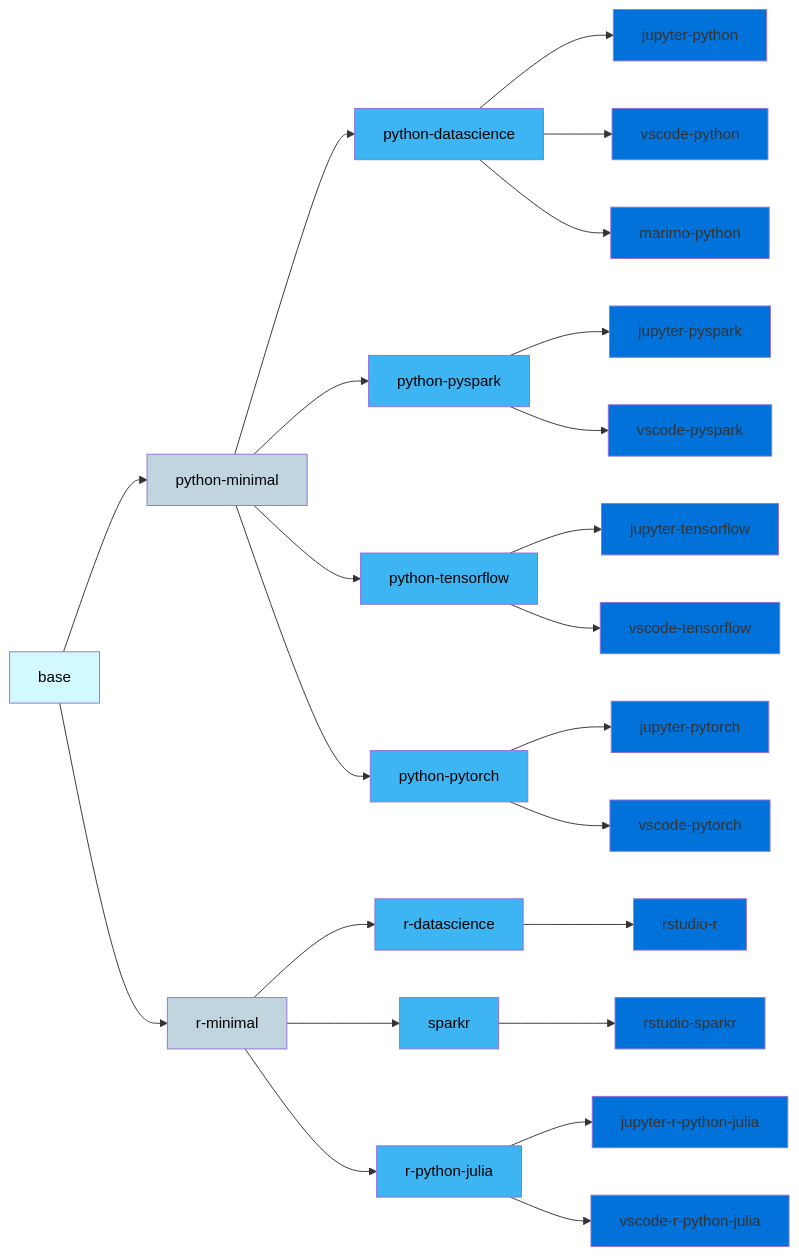
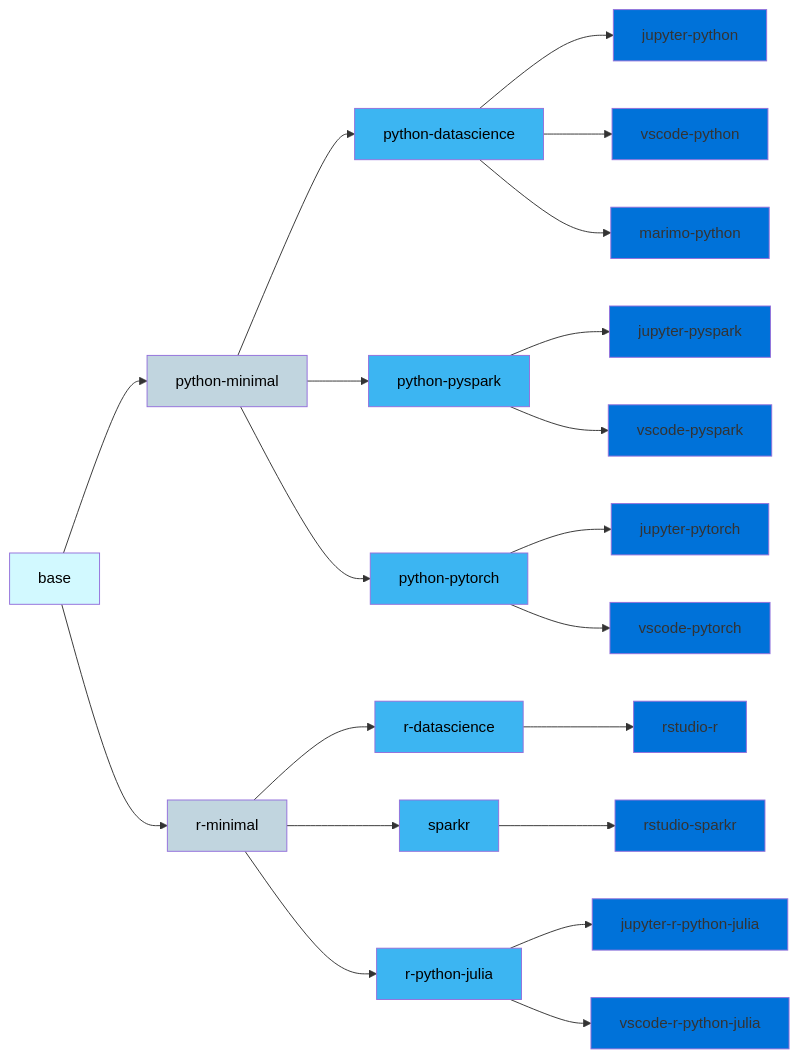
The diagram in README.md (InseeFrLab/images-datascience), drawn with Mermaid before and after one commit. The commit also changed other lines of this file and 5 other files, not shown here.

````diff
--- a/README.md
+++ b/README.md
@@ -15,29 +15,26 @@
 ```mermaid
   graph LR;
       B[base]:::base-->PM[python-minimal]:::minimal;
       B-->RM[r-minimal]:::minimal;
       PM-->PYDS[python-datascience]:::package;
       PM-->PYSPARK[python-pyspark]:::package;
-      PM-->PYTENSORFLOW[python-tensorflow]:::package;
       PM-->PYTORCH[python-pytorch]:::package;
       RM-->RDS[r-datascience]:::package;
       RM-->RSPARK[sparkr]:::package;
       RM-->RPYJU[r-python-julia]:::package;
       PYSPARK--> JPYSPARK[jupyter-pyspark]:::ide;
       PYDS--> JPYDS[jupyter-python]:::ide;
-      PYTENSORFLOW--> JPYTENSORFLOW[jupyter-tensorflow]:::ide;
       PYTORCH--> JPYTORCH[jupyter-pytorch]:::ide;
       PYSPARK--> VSCODEPYSPARK[vscode-pyspark]:::ide;
       PYDS--> VSCODEPYDS[vscode-python]:::ide;
-      PYTENSORFLOW--> VSCODEPYTENSORFLOW[vscode-tensorflow]:::ide;
       PYTORCH--> VSCODEPYTORCH[vscode-pytorch]:::ide;
       PYDS--> MARIMOPYDS[marimo-python]:::ide;
       RSPARK -->RSTUDIOSPARKR[rstudio-sparkr]:::ide;
       RDS--> RSTUDIORDS[rstudio-r]:::ide;
       RPYJU--> JRPYJU[jupyter-r-python-julia]:::ide;
       RPYJU--> VSCODERPYJU[vscode-r-python-julia]:::ide;
       classDef base fill:#d2f9ff,color:#000  ;
       classDef minimal fill:#C1D5DF,color:#000;
       classDef package fill:#3cb5f2 ,color:#000  ;
       classDef ide fill:#0072d9  ;
 ```
````
